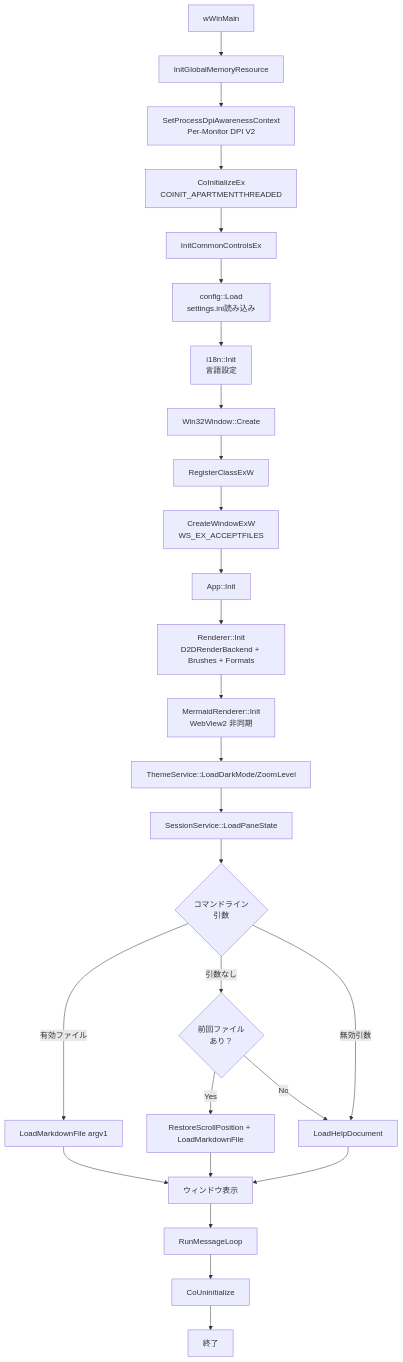
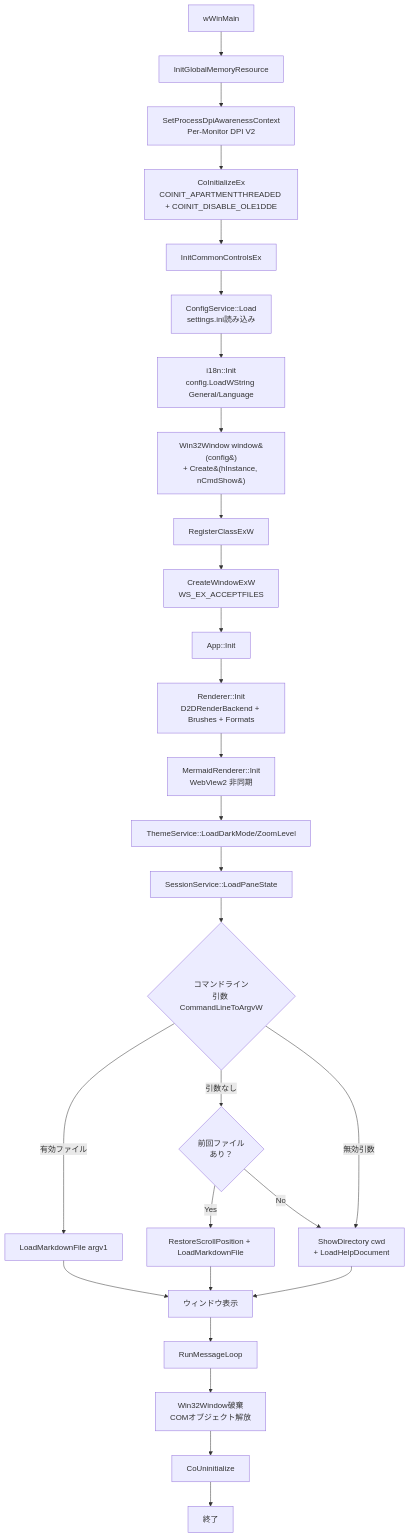
One commit to tanaton/mendo changed diagram 17 of 27 in example/test.md. Above: the diagram before and after it, drawn with Mermaid. The commit also changed other lines of this file, not shown here.

````diff
--- a/example/test.md
+++ b/example/test.md
@@ -2234,32 +2727,33 @@
 ```mermaid
 flowchart TD
     START[wWinMain] --> MEM[InitGlobalMemoryResource]
     MEM --> DPI[SetProcessDpiAwarenessContext<br>Per-Monitor DPI V2]
-    DPI --> COM[CoInitializeEx<br>COINIT_APARTMENTTHREADED]
+    DPI --> COM[CoInitializeEx<br>COINIT_APARTMENTTHREADED + COINIT_DISABLE_OLE1DDE]
     COM --> ICC[InitCommonControlsEx]
-    ICC --> CFGLOAD[config::Load<br>settings.ini読み込み]
-    CFGLOAD --> I18NINIT[i18n::Init<br>言語設定]
-    I18NINIT --> CREATE[Win32Window::Create]
+    ICC --> CFGLOAD[ConfigService::Load<br>settings.ini読み込み]
+    CFGLOAD --> I18NINIT[i18n::Init<br>config.LoadWString General/Language]
+    I18NINIT --> CREATE[Win32Window window&#40;config&#41;<br>+ Create&#40;hInstance, nCmdShow&#41;]
 
     CREATE --> REG[RegisterClassExW]
     REG --> WND[CreateWindowExW<br>WS_EX_ACCEPTFILES]
     WND --> INIT[App::Init]
     INIT --> D2D[Renderer::Init<br>D2DRenderBackend + Brushes + Formats]
     D2D --> MERM[MermaidRenderer::Init<br>WebView2 非同期]
     MERM --> CFG[ThemeService::LoadDarkMode/ZoomLevel]
     CFG --> PANES[SessionService::LoadPaneState]
-    PANES --> ARG{コマンドライン<br>引数}
+    PANES --> ARG{コマンドライン<br>引数 CommandLineToArgvW}
 
     ARG -->|有効ファイル| LOAD[LoadMarkdownFile argv1]
     ARG -->|引数なし| LAST{前回ファイル<br>あり？}
-    ARG -->|無効引数| HELP[LoadHelpDocument]
+    ARG -->|無効引数| HELP[ShowDirectory cwd<br>+ LoadHelpDocument]
     LAST -->|Yes| RESTORE[RestoreScrollPosition + LoadMarkdownFile]
     LAST -->|No| HELP
 
     LOAD --> SHOW[ウィンドウ表示]
     RESTORE --> SHOW
     HELP --> SHOW
     SHOW --> LOOP[RunMessageLoop]
-    LOOP --> EXIT[CoUninitialize]
+    LOOP --> DESTROY[Win32Window破棄<br>COMオブジェクト解放]
+    DESTROY --> EXIT[CoUninitialize]
     EXIT --> END[終了]
 ```
````
